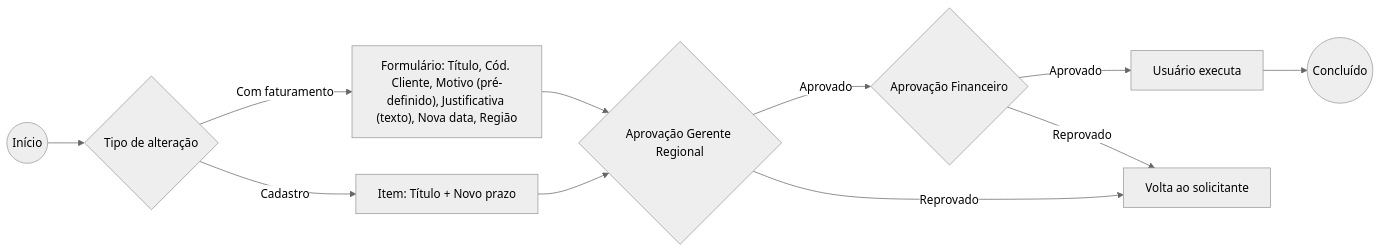
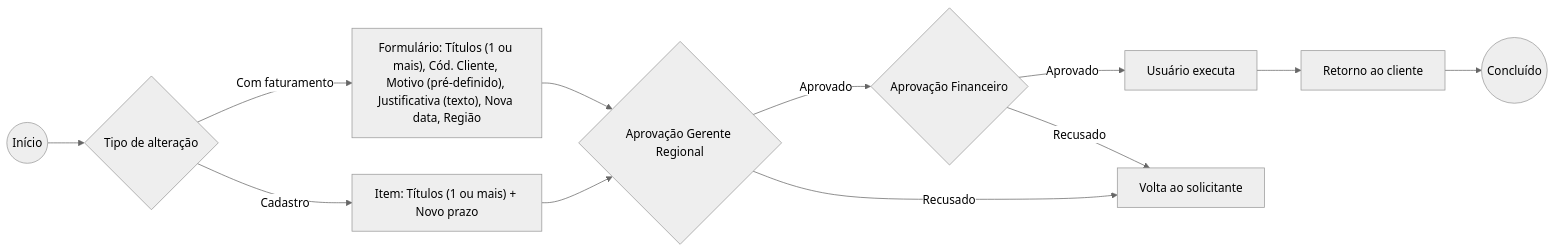
Before and after one commit to elofavoritos-glitch/fluxograma-financeiro-elo: the diagram in fluxogramas/01-alteracao-vencimento.md, drawn with Mermaid (neutral theme). The commit also changed other lines of this file and 1 other file, not shown here.

Commit message:
Alteração de Vencimento: vários títulos por solicitação; recusado volta ao solicitante, aprovado retorna ao cliente

````diff
--- a/fluxogramas/01-alteracao-vencimento.md
+++ b/fluxogramas/01-alteracao-vencimento.md
@@ -8,13 +7,14 @@
 ```mermaid
 flowchart LR
     START((Início)) --> TIPO{Tipo de alteração}
-    TIPO -->|Com faturamento| FORM["Formulário: Título, Cód. Cliente, Motivo (pré-definido), Justificativa (texto), Nova data, Região"]
-    TIPO -->|Cadastro| ITEM["Item: Título + Novo prazo"]
+    TIPO -->|Com faturamento| FORM["Formulário: Títulos (1 ou mais), Cód. Cliente, Motivo (pré-definido), Justificativa (texto), Nova data, Região"]
+    TIPO -->|Cadastro| ITEM["Item: Títulos (1 ou mais) + Novo prazo"]
     FORM --> AP1{Aprovação Gerente Regional}
     ITEM --> AP1
     AP1 -->|Aprovado| AP2{Aprovação Financeiro}
     AP2 -->|Aprovado| USR[Usuário executa]
-    USR --> FIM((Concluído))
-    AP1 -->|Reprovado| VOLTA[Volta ao solicitante]
-    AP2 -->|Reprovado| VOLTA
+    USR --> CLI[Retorno ao cliente]
+    CLI --> FIM((Concluído))
+    AP1 -->|Recusado| VOLTA[Volta ao solicitante]
+    AP2 -->|Recusado| VOLTA
 ```
````
